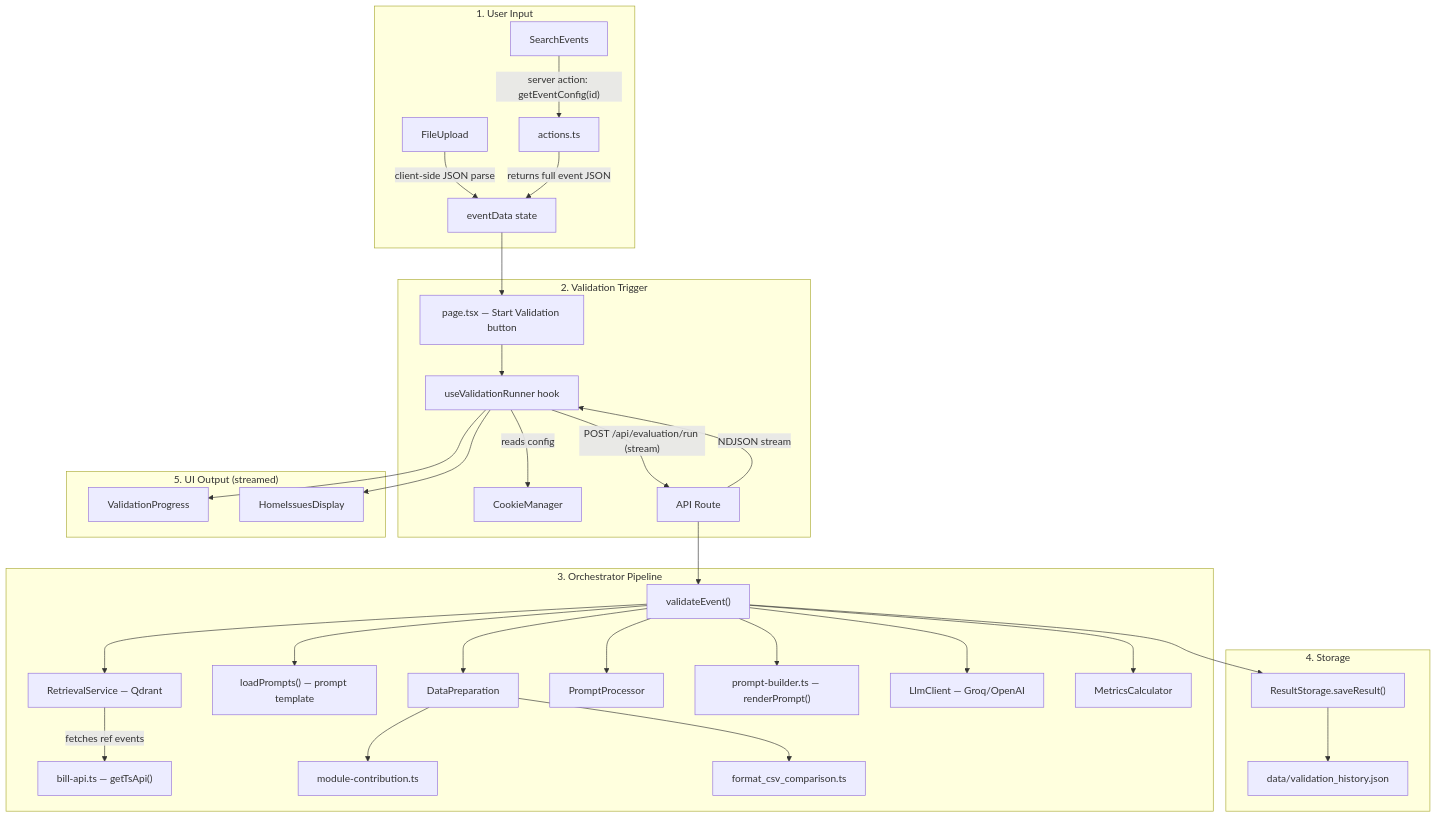
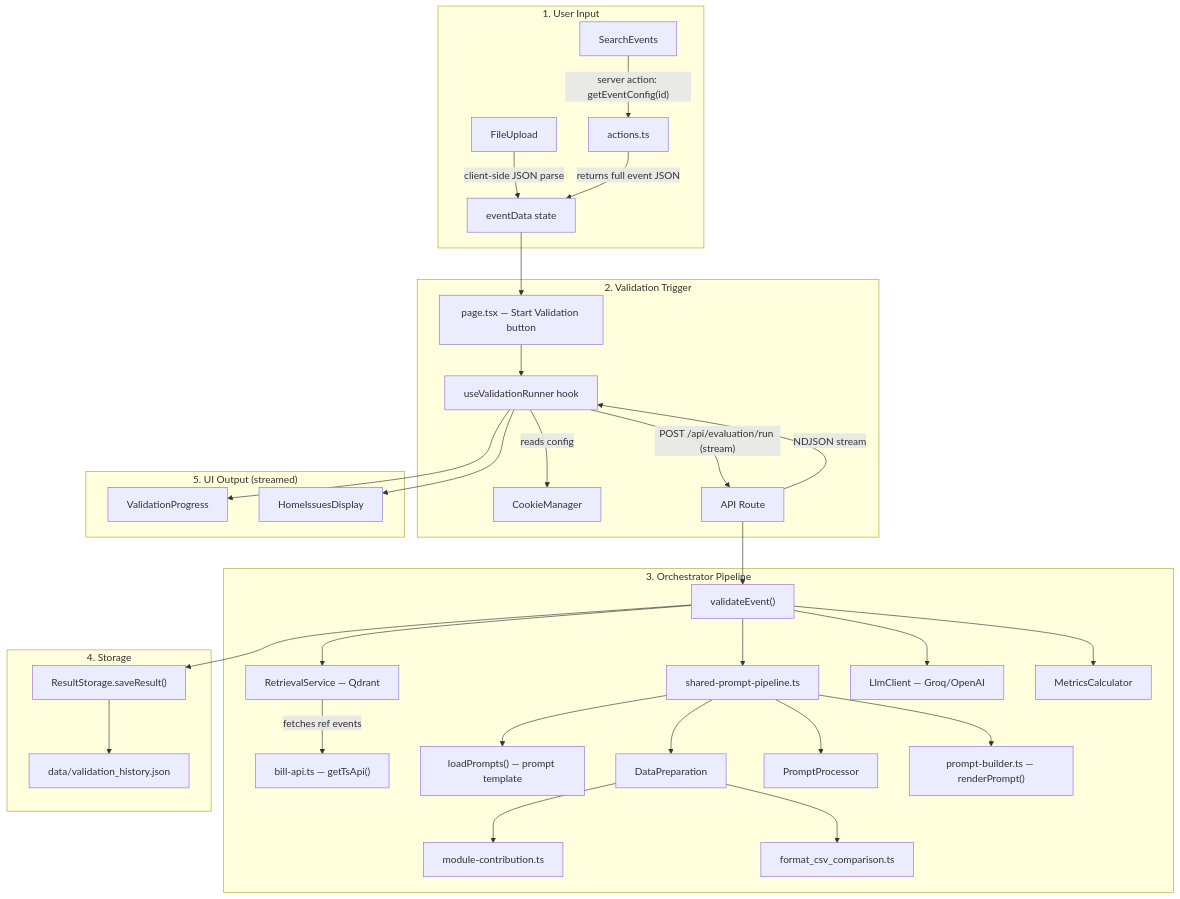
The diagram in validation-studio/Architecture/backend/validation.md (Maxence-Q/Bill-Validation-Studio), drawn with Mermaid before and after one commit. The commit also changed other lines of this file and 16 other files, not shown here.

````diff
--- a/validation-studio/Architecture/backend/validation.md
+++ b/validation-studio/Architecture/backend/validation.md
@@ -9,40 +9,41 @@
 ```mermaid
 flowchart TD
     subgraph "1. User Input"
         A["SearchEvents"] -->|"server action: getEventConfig(id)"| B["actions.ts"]
         C["FileUpload"] -->|"client-side JSON parse"| D["eventData state"]
         B -->|"returns full event JSON"| D
     end
 
     subgraph "2. Validation Trigger"
         D --> E["page.tsx — Start Validation button"]
         E --> F["useValidationRunner hook"]
         F -->|"reads config"| G["CookieManager"]
         F -->|"POST /api/evaluation/run (stream)"| H["API Route"]
     end
 
     subgraph "3. Orchestrator Pipeline"
         H --> I["validateEvent()"]
         I --> J["RetrievalService — Qdrant"]
         J -->|"fetches ref events"| K["bill-api.ts — getTsApi()"]
-        I --> L["loadPrompts() — prompt template"]
-        I --> M["DataPreparation"]
+        I --> SPP["shared-prompt-pipeline.ts"]
+        SPP --> L["loadPrompts() — prompt template"]
+        SPP --> M["DataPreparation"]
         M --> N["module-contribution.ts"]
         M --> O["format_csv_comparison.ts"]
-        I --> P["PromptProcessor"]
-        I --> Q["prompt-builder.ts — renderPrompt()"]
+        SPP --> P["PromptProcessor"]
+        SPP --> Q["prompt-builder.ts — renderPrompt()"]
         I --> R["LlmClient — Groq/OpenAI"]
         I --> S["MetricsCalculator"]
     end
 
     subgraph "4. Storage"
         I --> T["ResultStorage.saveResult()"]
         T --> U["data/validation_history.json"]
     end
 
     subgraph "5. UI Output (streamed)"
         H -->|"NDJSON stream"| F
         F --> V["ValidationProgress"]
         F --> W["HomeIssuesDisplay"]
     end
 ```
````
